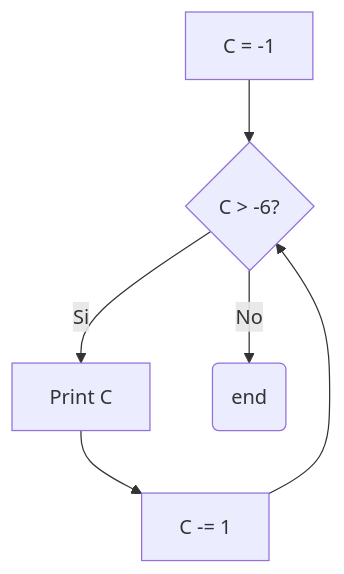
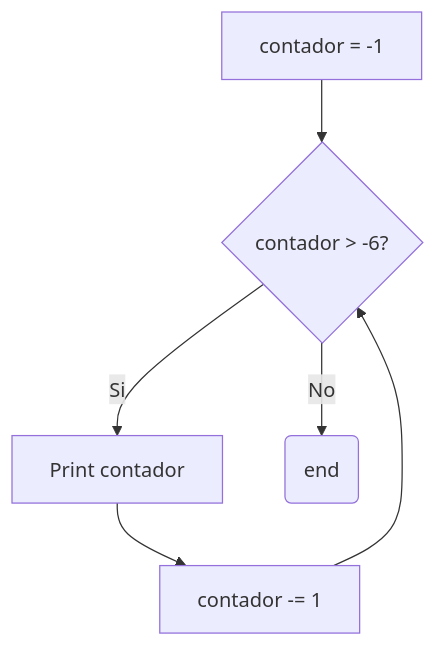
Before and after one commit to Chabok52/TP_8: the diagram in diagramas_ejercicios/Ejercicio4.md, drawn with Mermaid. The commit also changed other lines of this file, not shown here.

````diff
--- a/diagramas_ejercicios/Ejercicio4.md
+++ b/diagramas_ejercicios/Ejercicio4.md
@@ -2,8 +2,8 @@
 ```mermaid
 flowchart TD
-    A[C = -1] --> B{C > -6?}
-    B --> |Si| C[Print C]
-    C --> D[C -= 1]
+    A[contador = -1] --> B{contador > -6?}
+    B --> |Si| C[Print contador]
+    C --> D[contador -= 1]
     D --> B
     B -->|No| F(end)
 ```
````
